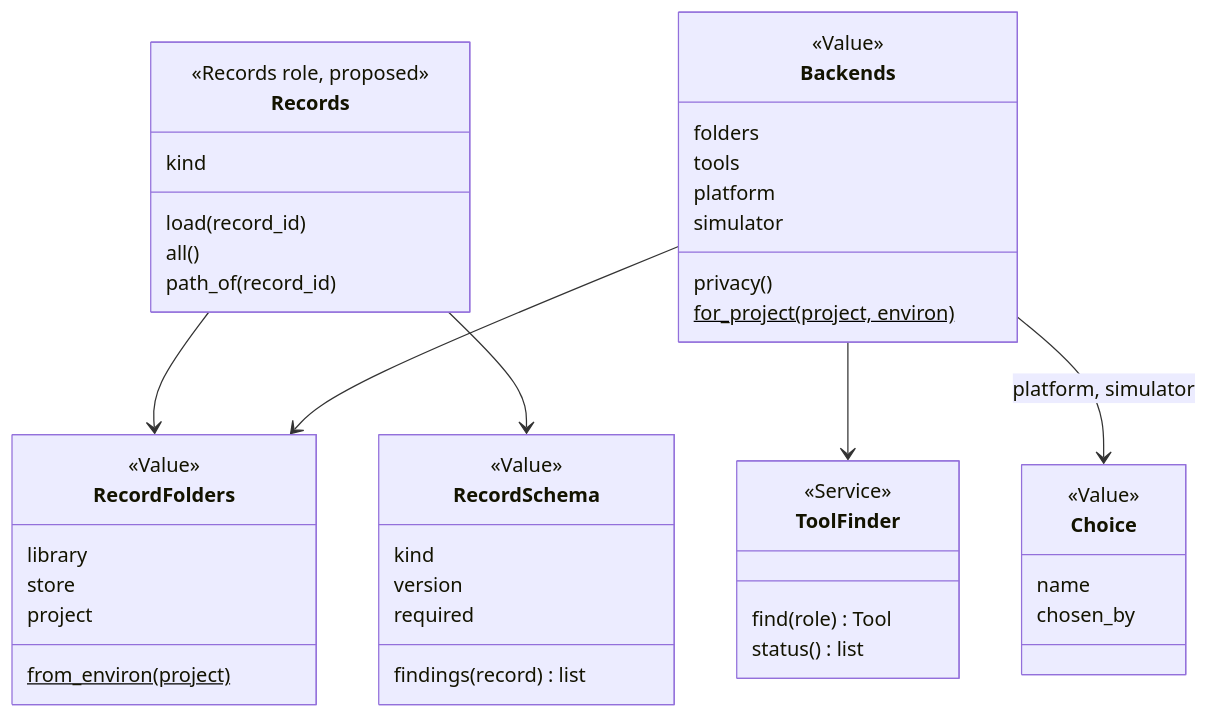
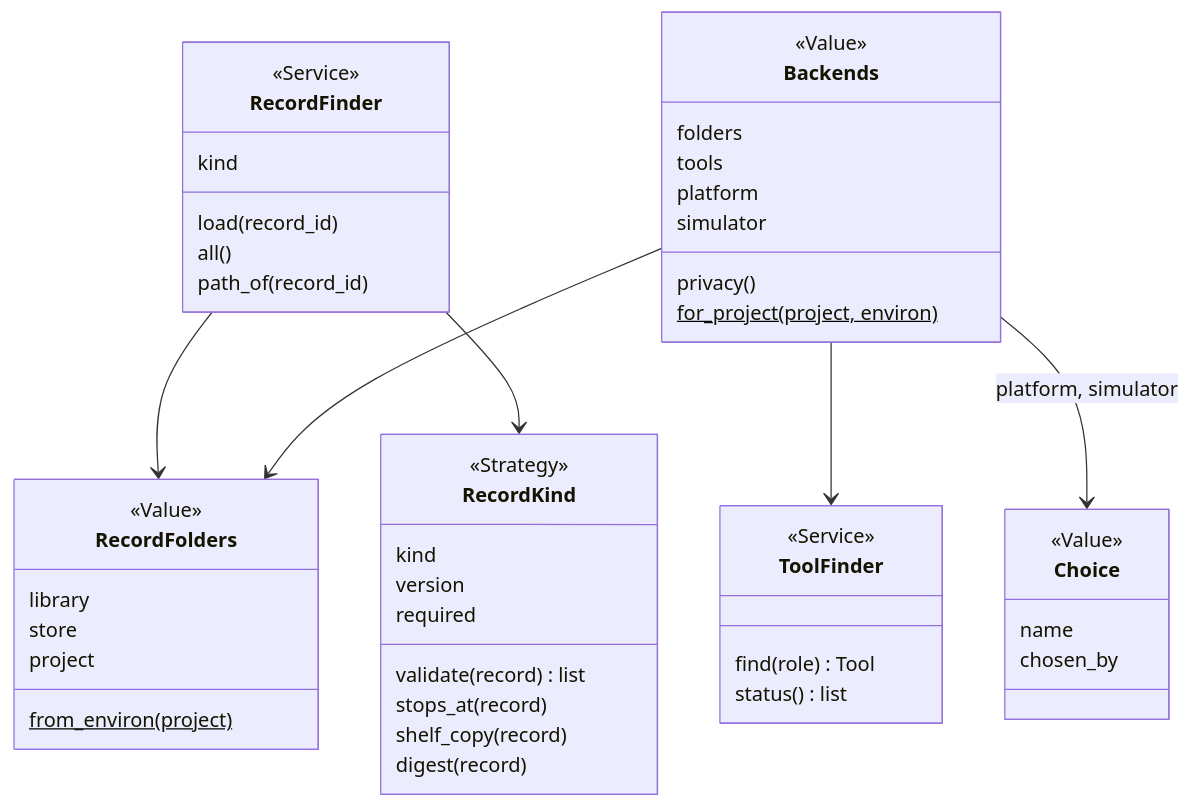
Before and after one commit to xmejkal/spark: the first of 2 diagrams in docs/discovery/2026-10-19-p323-target-architecture/architecture/areas/records.md, drawn with Mermaid. The commit also changed other lines of this file and 19 other files, not shown here.

````diff
--- a/docs/discovery/2026-10-19-p323-target-architecture/architecture/areas/records.md
+++ b/docs/discovery/2026-10-19-p323-target-architecture/architecture/areas/records.md
@@ -52,48 +57,51 @@
 ```mermaid
 classDiagram
   class RecordFolders {
     <<Value>>
     library
     store
     project
     from_environ(project)$
   }
-  class Records {
-    <<Records role, proposed>>
+  class RecordFinder {
+    <<Service>>
     kind
     load(record_id)
     all()
     path_of(record_id)
   }
-  class RecordSchema {
-    <<Value>>
+  class RecordKind {
+    <<Strategy>>
     kind
     version
     required
-    findings(record) list
+    validate(record) list
+    stops_at(record)
+    shelf_copy(record)
+    digest(record)
   }
   class ToolFinder {
     <<Service>>
     find(role) Tool
     status() list
   }
   class Backends {
     <<Value>>
     folders
     tools
     platform
     simulator
     privacy()
     for_project(project, environ)$
   }
   class Choice {
     <<Value>>
     name
     chosen_by
   }
-  Records --> RecordFolders
-  Records --> RecordSchema
+  RecordFinder --> RecordFolders
+  RecordFinder --> RecordKind
   Backends --> RecordFolders
   Backends --> ToolFinder
   Backends --> Choice : platform, simulator
 ```
````
